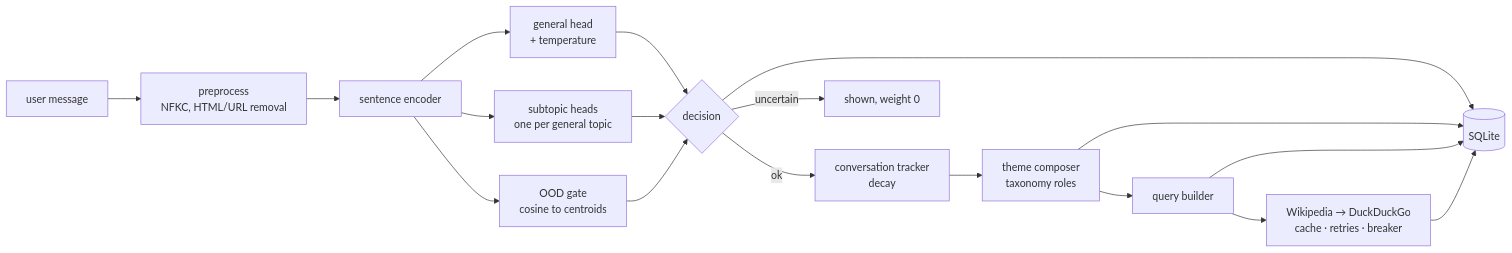
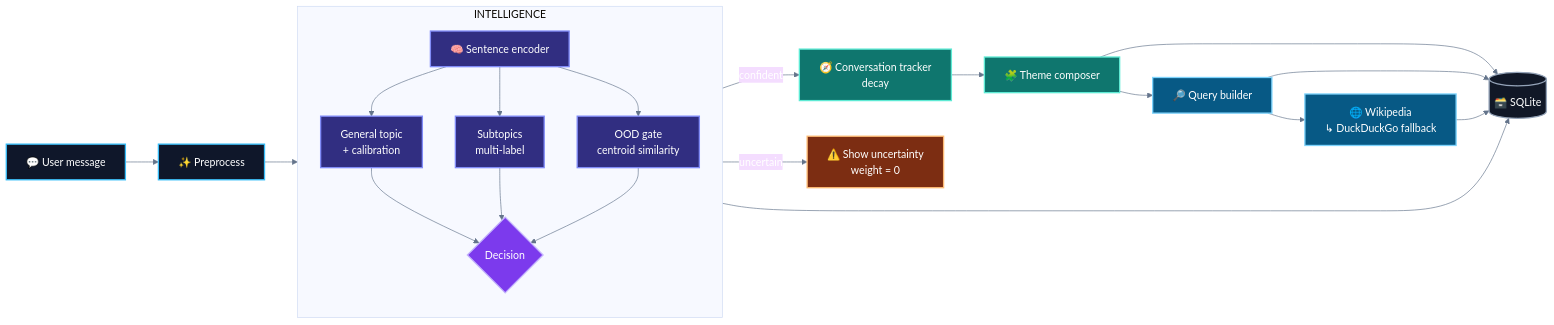
The diagram in README.md (Ozgurisikdamar/Cont), drawn with Mermaid before and after one commit. The commit also changed other lines of this file, not shown here.

````diff
--- a/README.md
+++ b/README.md
@@ -60,15 +99,44 @@
 ```mermaid
+%%{init: {"theme":"base","themeVariables":{"fontFamily":"Inter, ui-sans-serif, system-ui","lineColor":"#64748B","primaryTextColor":"#FFFFFF"}}}%%
 flowchart LR
-    U[user message] --> P[preprocess<br/>NFKC, HTML/URL removal]
-    P --> E[sentence encoder]
-    E --> G[general head<br/>+ temperature]
-    E --> S[subtopic heads<br/>one per general topic]
-    E --> O[OOD gate<br/>cosine to centroids]
-    G & S & O --> D{decision}
-    D -->|ok| T[conversation tracker<br/>decay]
-    D -->|uncertain| T0[shown, weight 0]
-    T --> C[theme composer<br/>taxonomy roles]
-    C --> Q[query builder]
-    Q --> W[Wikipedia → DuckDuckGo<br/>cache · retries · breaker]
-    D & C & Q & W --> DB[(SQLite)]
+    U["💬 User message"] --> P["✨ Preprocess"]
+    P --> E["🧠 Sentence encoder"]
+
+    subgraph INT["INTELLIGENCE"]
+      direction TB
+      E --> G["General topic<br/>+ calibration"]
+      E --> S["Subtopics<br/>multi-label"]
+      E --> O["OOD gate<br/>centroid similarity"]
+      G --> D{"Decision"}
+      S --> D
+      O --> D
+    end
+
+    D -->|"confident"| T["🧭 Conversation tracker<br/>decay"]
+    D -->|"uncertain"| X["⚠️ Show uncertainty<br/>weight = 0"]
+
+    T --> C["🧩 Theme composer"]
+    C --> Q["🔎 Query builder"]
+    Q --> W["🌐 Wikipedia<br/>↳ DuckDuckGo fallback"]
+
+    D --> DB[("🗃️ SQLite")]
+    C --> DB
+    Q --> DB
+    W --> DB
+
+    classDef input fill:#0F172A,stroke:#38BDF8,color:#FFFFFF,stroke-width:2px;
+    classDef intelligence fill:#312E81,stroke:#818CF8,color:#FFFFFF,stroke-width:2px;
+    classDef decision fill:#7C3AED,stroke:#C4B5FD,color:#FFFFFF,stroke-width:2px;
+    classDef context fill:#0F766E,stroke:#5EEAD4,color:#FFFFFF,stroke-width:2px;
+    classDef retrieval fill:#075985,stroke:#7DD3FC,color:#FFFFFF,stroke-width:2px;
+    classDef warn fill:#7C2D12,stroke:#FDBA74,color:#FFFFFF,stroke-width:2px;
+    classDef db fill:#111827,stroke:#94A3B8,color:#FFFFFF,stroke-width:2px;
+
+    class U,P input;
+    class E,G,S,O intelligence;
+    class D decision;
+    class T,C context;
+    class Q,W retrieval;
+    class X warn;
+    class DB db;
 ```
````
